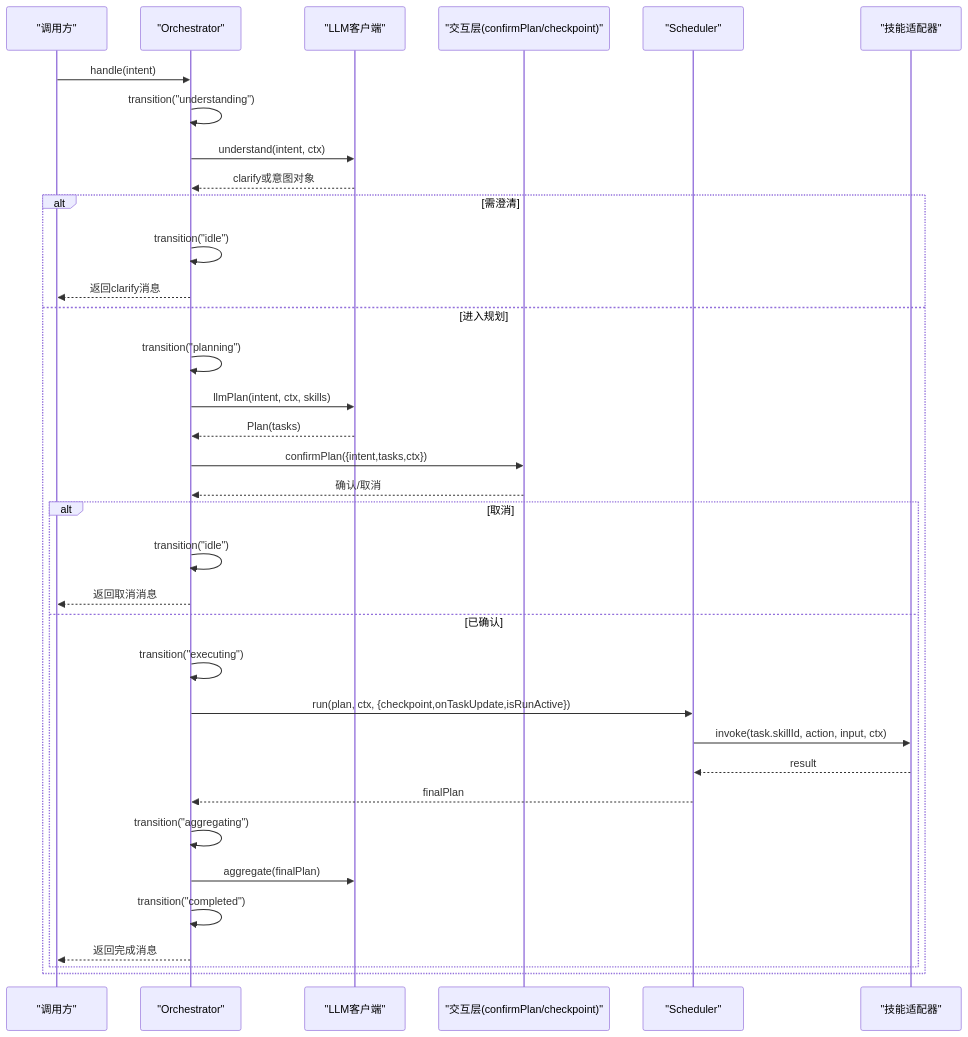
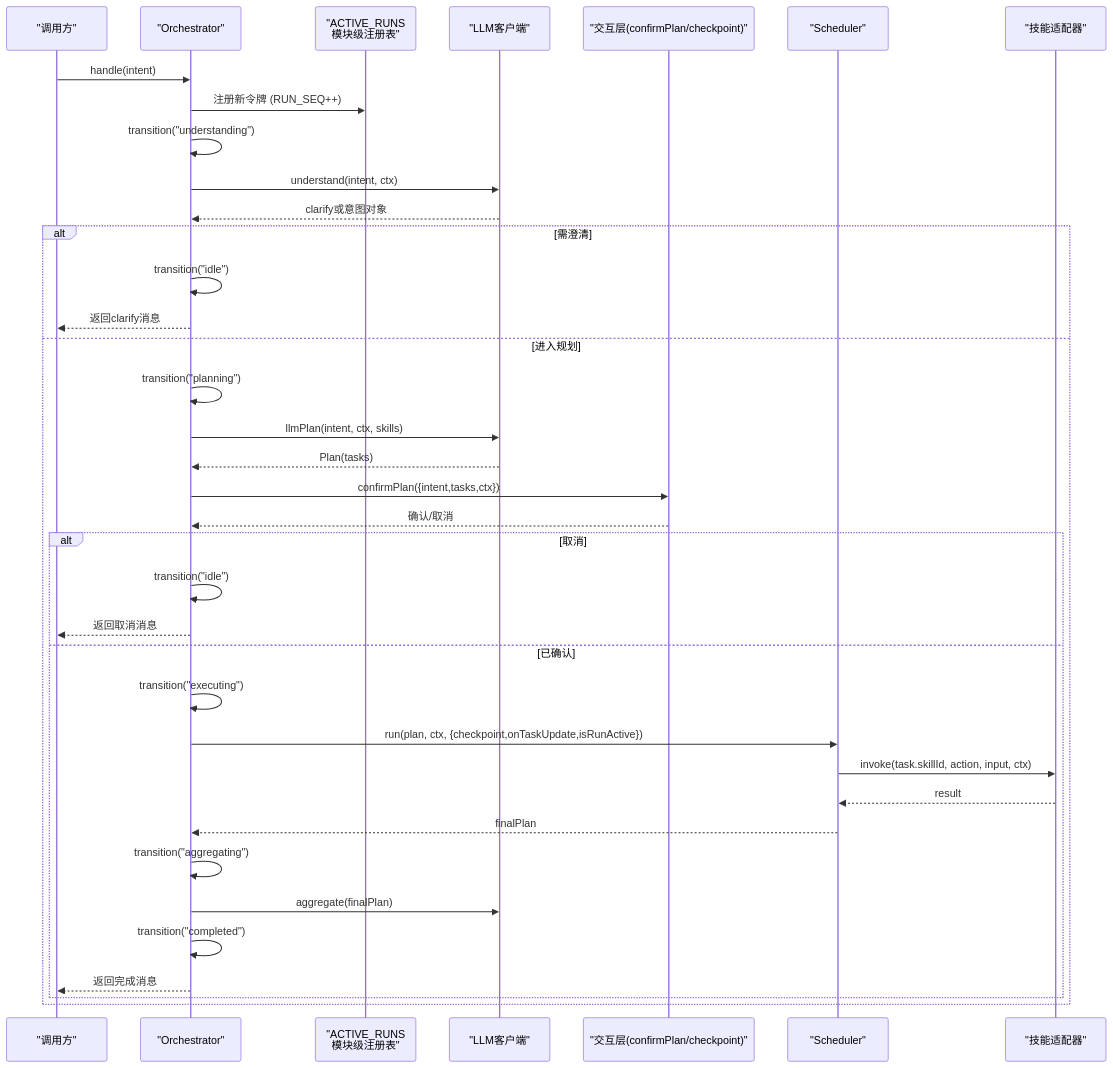
Before and after one commit to Ichi-Hackton/WAIC-WeChat-MiniProgram: the second of 7 diagrams in .qoder/repowiki/zh/content/核心模块/Orchestrator编排器.md, drawn with Mermaid. The commit also changed other lines of this file and 33 other files, not shown here.

````diff
--- a/.qoder/repowiki/zh/content/核心模块/Orchestrator编排器.md
+++ b/.qoder/repowiki/zh/content/核心模块/Orchestrator编排器.md
@@ -83,37 +96,39 @@
 ```mermaid
 sequenceDiagram
 participant U as "调用方"
 participant O as "Orchestrator"
+participant A as "ACTIVE_RUNS<br/>模块级注册表"
 participant LLM as "LLM客户端"
 participant UI as "交互层(confirmPlan/checkpoint)"
 participant S as "Scheduler"
 participant SK as "技能适配器"
 U->>O : handle(intent)
+O->>A : 注册新令牌 (RUN_SEQ++)
 O->>O : transition("understanding")
 O->>LLM : understand(intent, ctx)
 LLM-->>O : clarify或意图对象
 alt 需澄清
 O->>O : transition("idle")
 O-->>U : 返回clarify消息
 else 进入规划
 O->>O : transition("planning")
 O->>LLM : llmPlan(intent, ctx, skills)
 LLM-->>O : Plan(tasks)
 O->>UI : confirmPlan({intent,tasks,ctx})
 UI-->>O : 确认/取消
 alt 取消
 O->>O : transition("idle")
 O-->>U : 返回取消消息
 else 已确认
 O->>O : transition("executing")
 O->>S : run(plan, ctx, {checkpoint,onTaskUpdate,isRunActive})
 S->>SK : invoke(task.skillId, action, input, ctx)
 SK-->>S : result
 S-->>O : finalPlan
 O->>O : transition("aggregating")
 O->>LLM : aggregate(finalPlan)
 O->>O : transition("completed")
 O-->>U : 返回完成消息
 end
 end
 ```
````
